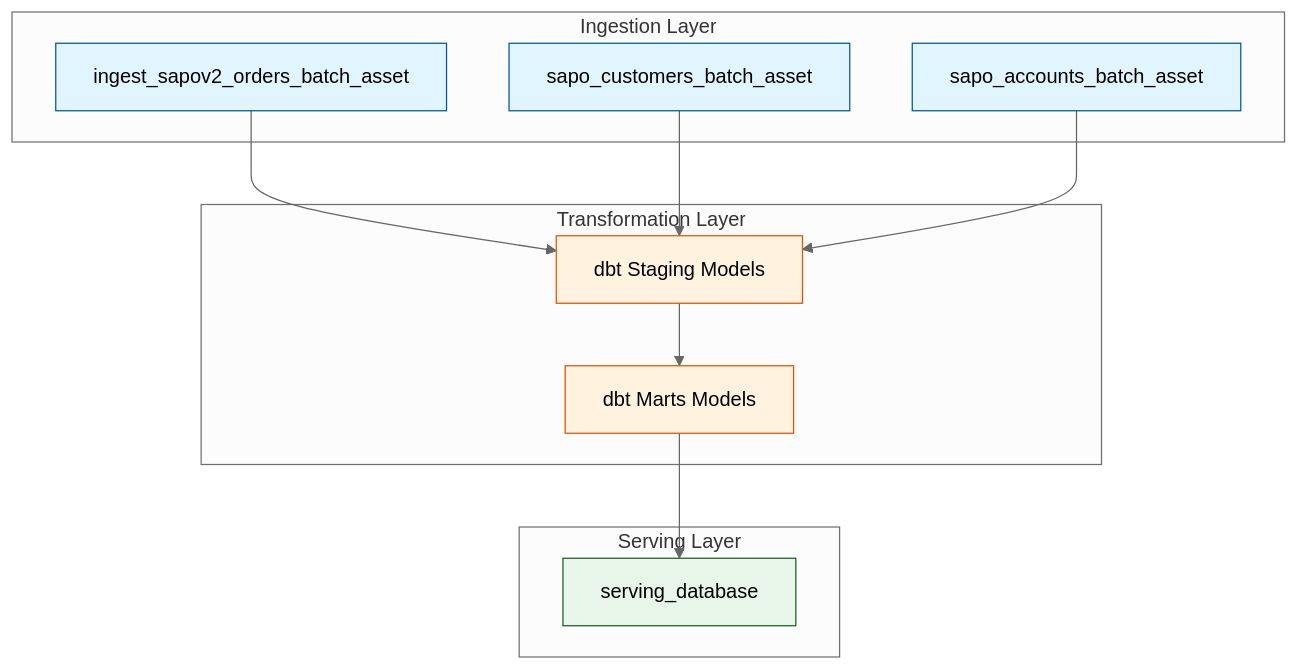
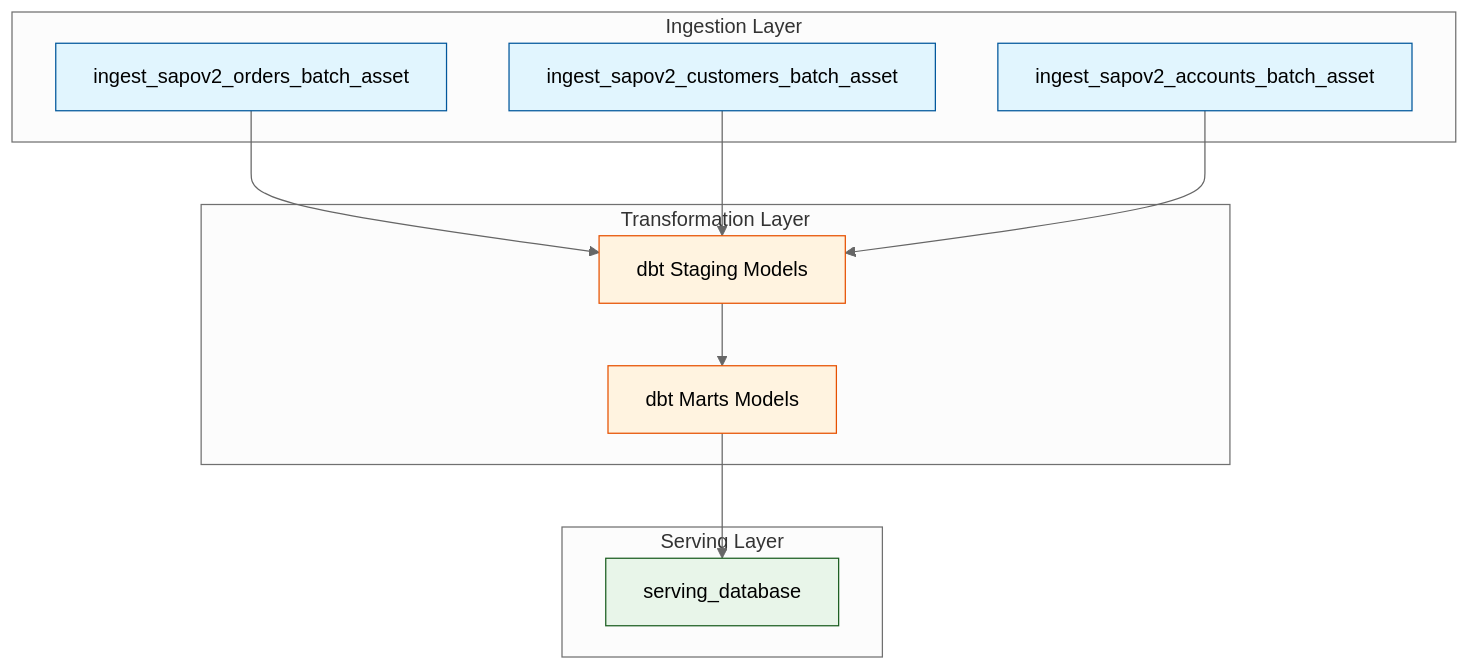
One commit to vantt/data-integration changed the second of 2 diagrams in orchestration/docs/JOBS.md. Above: the diagram before and after it, drawn with Mermaid (neutral theme). The commit also changed other lines of this file and 32 other files, not shown here.

Commit message:
refactor(orchestration): rename sapo ingest assets, serving assets, and sapo pipeline jobs

````diff
--- a/orchestration/docs/JOBS.md
+++ b/orchestration/docs/JOBS.md
@@ -122,36 +122,36 @@
 ```mermaid
 graph TD
     %% Ingestion Layer (Batch)
     subgraph Ingestion ["Ingestion Layer"]
         Orders[ingest_sapov2_orders_batch_asset]
-        Customers[sapo_customers_batch_asset]
-        Accounts[sapo_accounts_batch_asset]
+        Customers[ingest_sapov2_customers_batch_asset]
+        Accounts[ingest_sapov2_accounts_batch_asset]
     end
 
     %% Transformation Layer (dbt)
     subgraph Transformation ["Transformation Layer"]
         Staging["dbt Staging Models"]
         Marts["dbt Marts Models"]
     end
 
     %% Serving Layer
     subgraph Serving ["Serving Layer"]
         ServingDB[serving_database]
     end
 
     %% Dependencies (Explicit Serial Execution)
     Orders --> Staging
     Customers --> Staging
     Accounts --> Staging
 
     Staging --> Marts
     Marts --> ServingDB
 
     %% Styling
     style Orders fill:#e1f5fe,stroke:#01579b
     style Customers fill:#e1f5fe,stroke:#01579b
     style Accounts fill:#e1f5fe,stroke:#01579b
     style Staging fill:#fff3e0,stroke:#e65100
     style Marts fill:#fff3e0,stroke:#e65100
     style ServingDB fill:#e8f5e9,stroke:#1b5e20
 ```
````
